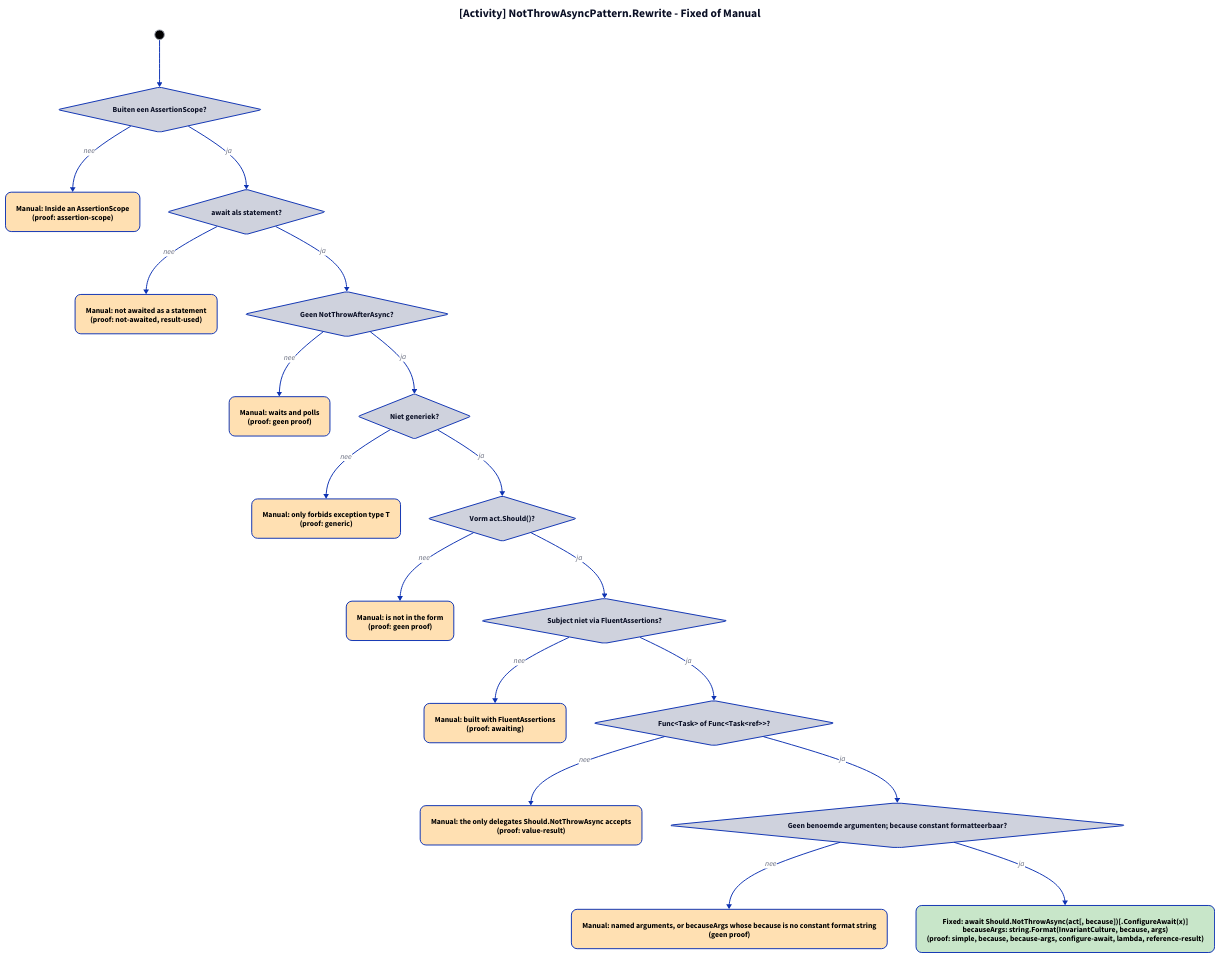
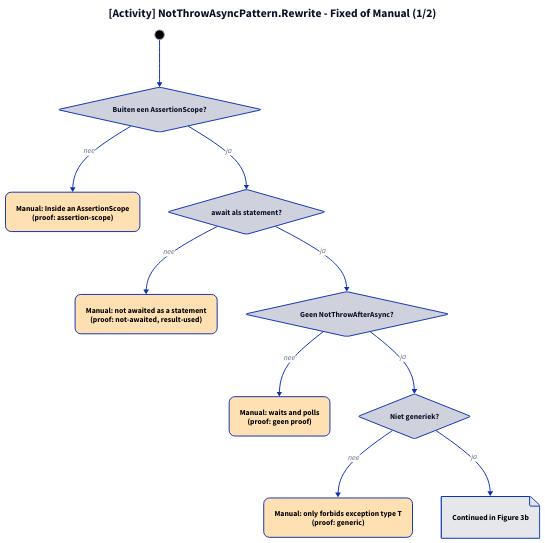
The diagram in docs/projectinfo/patterns/img/fa-not-throw-async-modellen-3.d2 (ATkingma/unshackle), drawn with D2 before and after one commit. The commit also changed 271 other files, not shown here.

```diff
--- a/docs/projectinfo/patterns/img/fa-not-throw-async-modellen-3.d2
+++ b/docs/projectinfo/patterns/img/fa-not-throw-async-modellen-3.d2
@@ -1,37 +1,21 @@
-title: "[Activity] NotThrowAsyncPattern.Rewrite - Fixed of Manual" {shape: text; near: top-center; style: {font-size: 24; bold: true}}
+title: "[Activity] NotThrowAsyncPattern.Rewrite - Fixed of Manual (1/2)" {shape: text; near: top-center; style: {font-size: 24; bold: true}}
 direction: down
 start: "" {shape: circle; width: 20; style: {fill: black; stroke: "#9ca3af"}}
 q0: "Buiten een AssertionScope?" {shape: diamond}
 m0: "Manual: Inside an AssertionScope\n(proof: assertion-scope)" {style.fill: "#ffe0b2"; style.font-color: "#000000"; style.border-radius: 12}
+q1: "await als statement?" {shape: diamond}
+m1: "Manual: not awaited as a statement\n(proof: not-awaited, result-used)" {style.fill: "#ffe0b2"; style.font-color: "#000000"; style.border-radius: 12}
+q2: "Geen NotThrowAfterAsync?" {shape: diamond}
+m2: "Manual: waits and polls\n(proof: geen proof)" {style.fill: "#ffe0b2"; style.font-color: "#000000"; style.border-radius: 12}
+q3: "Niet generiek?" {shape: diamond}
+m3: "Manual: only forbids exception type T\n(proof: generic)" {style.fill: "#ffe0b2"; style.font-color: "#000000"; style.border-radius: 12}
+to_next_q4: "Continued in Figure 3b" {shape: page; style: {fill: "#e5e7eb"; font-color: "#000000"}}
 start -> q0
 q0 -> m0: nee
-q1: "await als statement?" {shape: diamond}
-m1: "Manual: not awaited as a statement\n(proof: not-awaited, result-used)" {style.fill: "#ffe0b2"; style.font-color: "#000000"; style.border-radius: 12}
 q0 -> q1: ja
 q1 -> m1: nee
-q2: "Geen NotThrowAfterAsync?" {shape: diamond}
-m2: "Manual: waits and polls\n(proof: geen proof)" {style.fill: "#ffe0b2"; style.font-color: "#000000"; style.border-radius: 12}
 q1 -> q2: ja
 q2 -> m2: nee
-q3: "Niet generiek?" {shape: diamond}
-m3: "Manual: only forbids exception type T\n(proof: generic)" {style.fill: "#ffe0b2"; style.font-color: "#000000"; style.border-radius: 12}
 q2 -> q3: ja
 q3 -> m3: nee
-q4: "Vorm act.Should()?" {shape: diamond}
-m4: "Manual: is not in the form\n(proof: geen proof)" {style.fill: "#ffe0b2"; style.font-color: "#000000"; style.border-radius: 12}
-q3 -> q4: ja
-q4 -> m4: nee
-q5: "Subject niet via FluentAssertions?" {shape: diamond}
-m5: "Manual: built with FluentAssertions\n(proof: awaiting)" {style.fill: "#ffe0b2"; style.font-color: "#000000"; style.border-radius: 12}
-q4 -> q5: ja
-q5 -> m5: nee
-q6: "Func<Task> of Func<Task<ref>>?" {shape: diamond}
-m6: "Manual: the only delegates Should.NotThrowAsync accepts\n(proof: value-result)" {style.fill: "#ffe0b2"; style.font-color: "#000000"; style.border-radius: 12}
-q5 -> q6: ja
-q6 -> m6: nee
-q7: "Geen benoemde argumenten; because constant formatteerbaar?" {shape: diamond}
-m7: "Manual: named arguments, or becauseArgs whose because is no constant format string\n(geen proof)" {style.fill: "#ffe0b2"; style.font-color: "#000000"; style.border-radius: 12}
-q6 -> q7: ja
-q7 -> m7: nee
-ok: "Fixed: await Should.NotThrowAsync(act[, because])[.ConfigureAwait(x)]\nbecauseArgs: string.Format(InvariantCulture, because, args)\n(proof: simple, because, because-args, configure-await, lambda, reference-result)" {style.fill: "#c8e6c9"; style.font-color: "#000000"; style.border-radius: 12}
-q7 -> ok: ja
+q3 -> to_next_q4: ja
```
